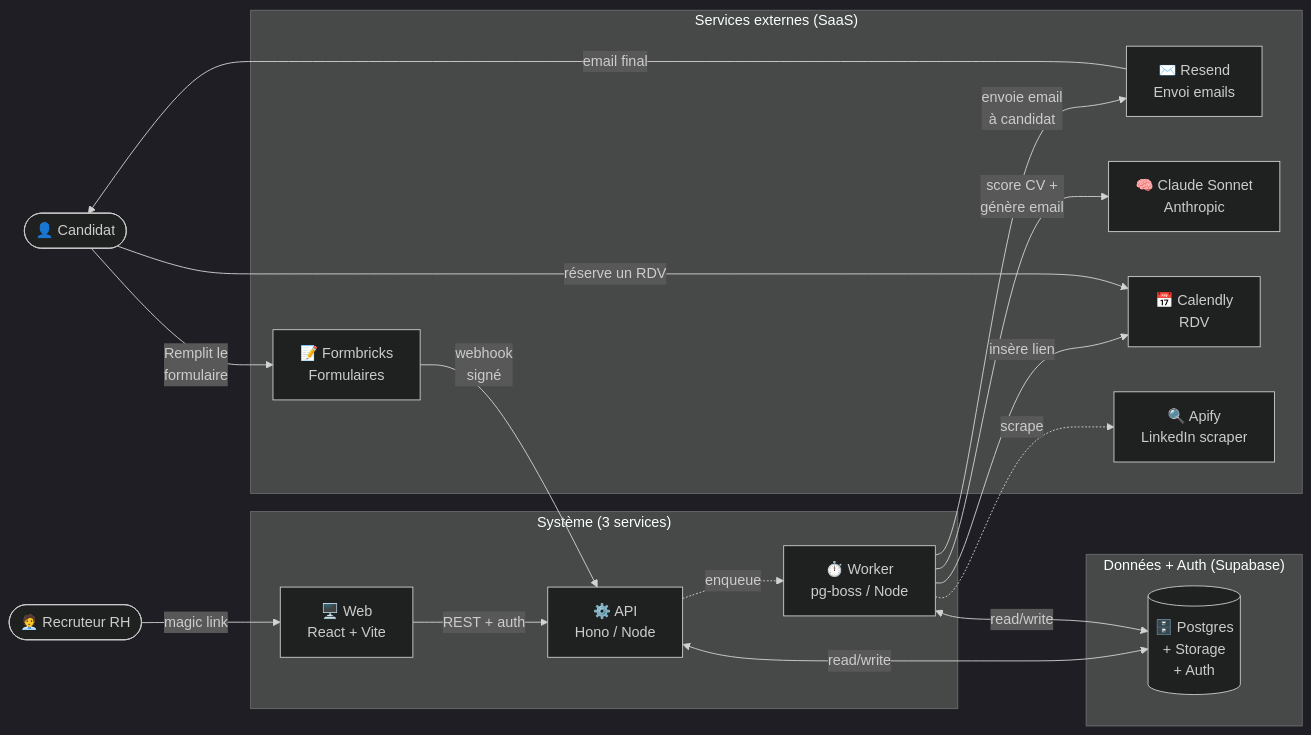
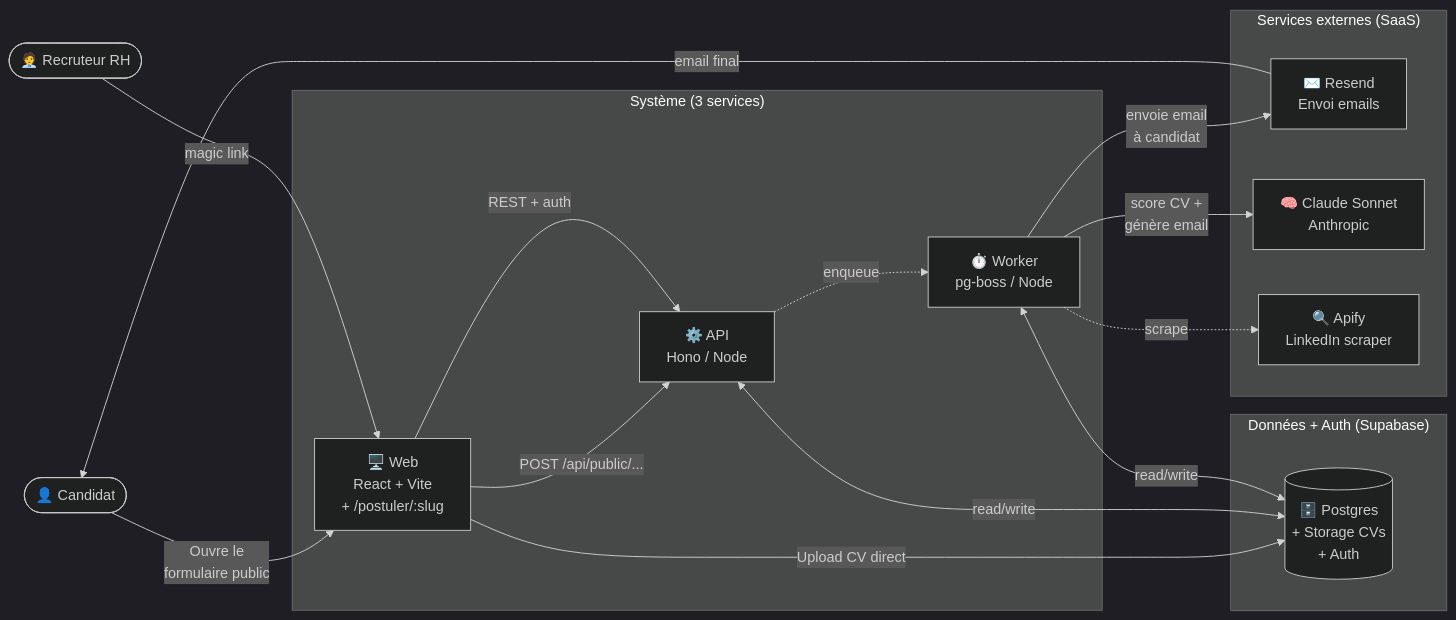
One commit to EnzoDnt/rh-system changed the first of 5 diagrams in docs/01-comprendre/architecture.md. Above: the diagram before and after it, drawn with Mermaid (dark theme). The commit also changed other lines of this file and 3 other files, not shown here.

````diff
--- a/docs/01-comprendre/architecture.md
+++ b/docs/01-comprendre/architecture.md
@@ -7,39 +7,36 @@
 ```mermaid
 flowchart LR
     Candidat([👤 Candidat])
     RH([🧑‍💼 Recruteur RH])
 
     subgraph Externe["Services externes (SaaS)"]
-        Formbricks[📝 Formbricks<br/>Formulaires]
         Resend[✉️ Resend<br/>Envoi emails]
         Anthropic[🧠 Claude Sonnet<br/>Anthropic]
-        Calendly[📅 Calendly<br/>RDV]
         Apify[🔍 Apify<br/>LinkedIn scraper]
     end
 
     subgraph App["Système (3 services)"]
-        Web[🖥️ Web<br/>React + Vite]
+        Web[🖥️ Web<br/>React + Vite<br/>+ /postuler/:slug]
         API[⚙️ API<br/>Hono / Node]
         Worker[⏱️ Worker<br/>pg-boss / Node]
     end
 
     subgraph Data["Données + Auth (Supabase)"]
-        Postgres[(🗄️ Postgres<br/>+ Storage<br/>+ Auth)]
+        Postgres[(🗄️ Postgres<br/>+ Storage CVs<br/>+ Auth)]
     end
 
-    Candidat -->|Remplit le<br/>formulaire| Formbricks
-    Formbricks -->|webhook<br/>signé| API
+    Candidat -->|Ouvre le<br/>formulaire public| Web
+    Web -->|POST /api/public/...| API
+    Web -->|Upload CV direct| Postgres
     API -.->|enqueue| Worker
     Worker -->|score CV +<br/>génère email| Anthropic
     Worker -->|envoie email<br/>à candidat| Resend
-    Worker -->|insère lien| Calendly
     Worker -.->|scrape| Apify
 
     RH -->|magic link| Web
     Web -->|REST + auth| API
     API <-->|read/write| Postgres
     Worker <-->|read/write| Postgres
 
     Resend -->|email final| Candidat
-    Candidat -->|réserve un RDV| Calendly
 ```
````
